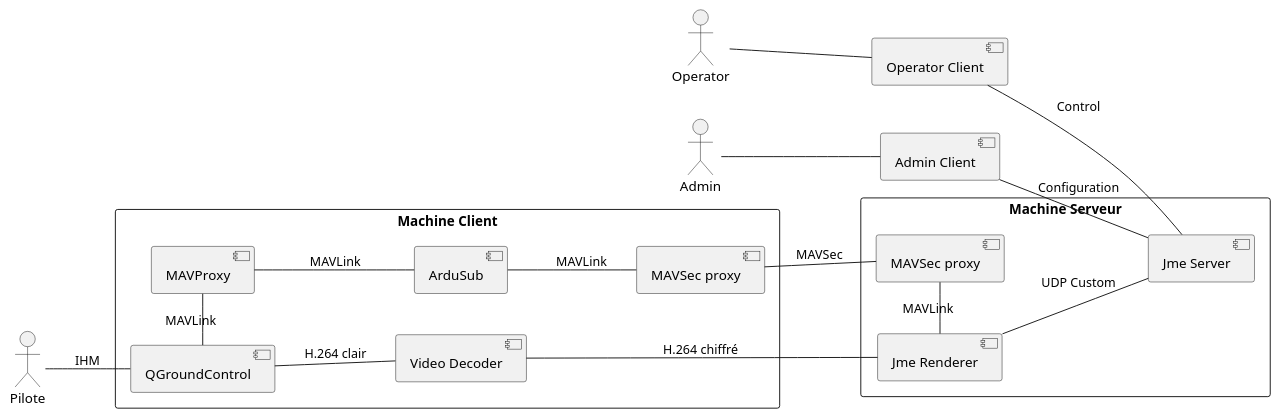
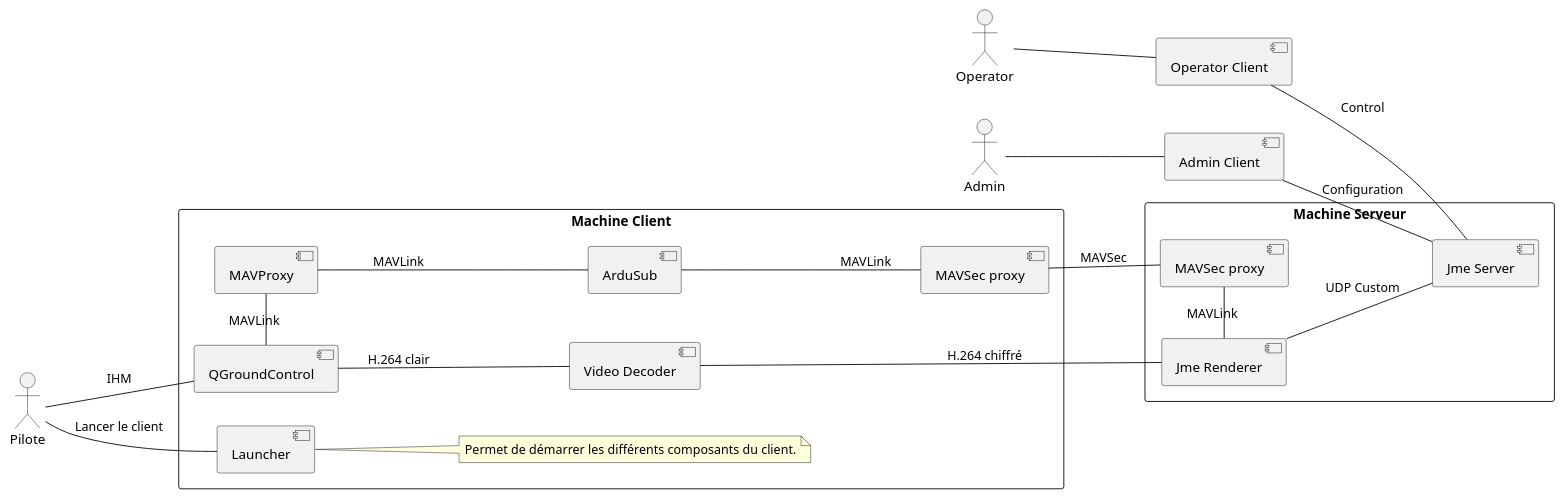
The diagram in doc/ardupilot_server_components.puml (tombartos/SAE-DRONE), drawn with PlantUML before and after one commit. The commit also changed 2 other files, not shown here.

Commit message:
added launcher to components diagrams

```diff
--- a/doc/ardupilot_server_components.puml
+++ b/doc/ardupilot_server_components.puml
@@ -1,43 +1,48 @@
 @startuml
 
 left to right direction
 
 actor Pilote
 actor Operator
 actor Admin
 
 rectangle "Machine Client" {
+    component Launcher
     component "Video Decoder" as VideoDecoder
     component QGroundControl
     component MAVProxy
     component ArduSub
     component "MAVSec proxy" as SecProxy1
 
     Pilote -- QGroundControl : IHM
+    Pilote -- Launcher : Lancer le client
+    note right of Launcher
+        Permet de démarrer les différents composants du client.
+    end note
     QGroundControl -left- MAVProxy : MAVLink
     MAVProxy -- ArduSub : MAVLink
     ArduSub -- SecProxy1 : MAVLink
 }
 
 component "Operator Client" as OperatorClient
 component "Admin Client" as AdminClient
 
 rectangle "Machine Serveur" {
     component "MAVSec proxy" as SecProxy2
     component "Video Decoder" as JmeRenderer
     component "Jme Renderer" as JmeRenderer
     component "Jme Server" as JmeServer
 
     SecProxy2 -left- JmeRenderer : MAVLink
     JmeRenderer -- JmeServer : UDP Custom
     OperatorClient -- JmeServer : Control
     AdminClient -- JmeServer : Configuration
 }
 
 SecProxy1 -- SecProxy2 : MAVSec
 QGroundControl -- VideoDecoder : H.264 clair
 VideoDecoder -- JmeRenderer : H.264 chiffré
 Operator -- OperatorClient
 Admin -- AdminClient
 
 @enduml
```
